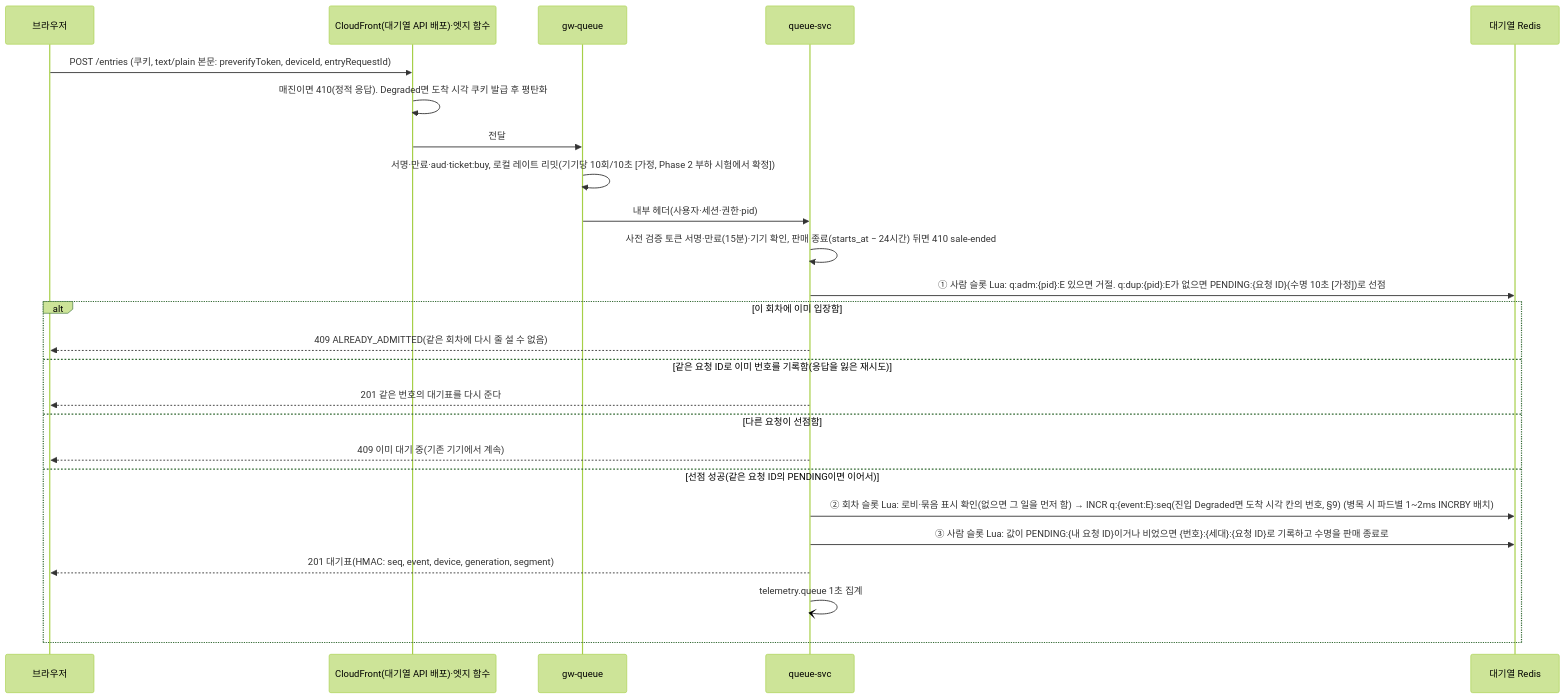
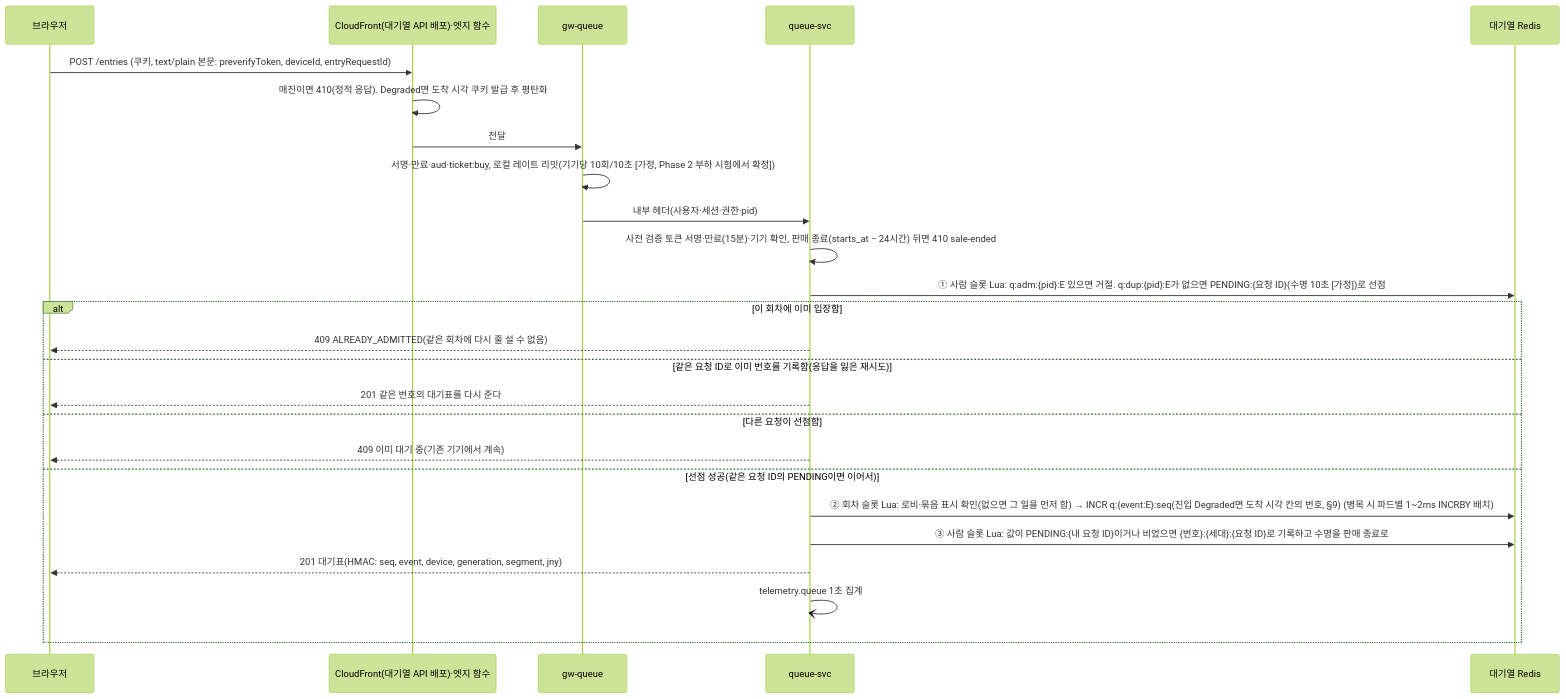
Before and after one commit to peaket/peaket: the third of 4 diagrams in docs/features/queue-admission.md, drawn with Mermaid (forest theme). The commit also changed other lines of this file and 41 other files, not shown here.

````diff
--- a/docs/features/queue-admission.md
+++ b/docs/features/queue-admission.md
@@ -96,27 +102,27 @@
 ```mermaid
 sequenceDiagram
     participant B as 브라우저
     participant E as CloudFront(대기열 API 배포)·엣지 함수
     participant G as gw-queue
     participant Q as queue-svc
     participant R as 대기열 Redis
     B->>E: POST /entries (쿠키, text/plain 본문: preverifyToken, deviceId, entryRequestId)
     E->>E: 매진이면 410(정적 응답). Degraded면 도착 시각 쿠키 발급 후 평탄화
     E->>G: 전달
     G->>G: 서명·만료·aud·ticket:buy, 로컬 레이트 리밋(기기당 10회/10초 [가정, Phase 2 부하 시험에서 확정])
     G->>Q: 내부 헤더(사용자·세션·권한·pid)
     Q->>Q: 사전 검증 토큰 서명·만료(15분)·기기 확인, 판매 종료(starts_at − 24시간) 뒤면 410 sale-ended
     Q->>R: ① 사람 슬롯 Lua: q:adm:{pid}:E 있으면 거절. q:dup:{pid}:E가 없으면 PENDING:{요청 ID}(수명 10초 [가정])로 선점
     alt 이 회차에 이미 입장함
         Q-->>B: 409 ALREADY_ADMITTED(같은 회차에 다시 줄 설 수 없음)
     else 같은 요청 ID로 이미 번호를 기록함(응답을 잃은 재시도)
         Q-->>B: 201 같은 번호의 대기표를 다시 준다
     else 다른 요청이 선점함
         Q-->>B: 409 이미 대기 중(기존 기기에서 계속)
     else 선점 성공(같은 요청 ID의 PENDING이면 이어서)
         Q->>R: ② 회차 슬롯 Lua: 로비·묶음 표시 확인(없으면 그 일을 먼저 함) → INCR q:{event:E}:seq(진입 Degraded면 도착 시각 칸의 번호, §9) (병목 시 파드별 1~2ms INCRBY 배치)
         Q->>R: ③ 사람 슬롯 Lua: 값이 PENDING:{내 요청 ID}이거나 비었으면 {번호}:{세대}:{요청 ID}로 기록하고 수명을 판매 종료로
-        Q-->>B: 201 대기표(HMAC: seq, event, device, generation, segment)
+        Q-->>B: 201 대기표(HMAC: seq, event, device, generation, segment, jny)
         Q-)Q: telemetry.queue 1초 집계
     end
 ```
````
